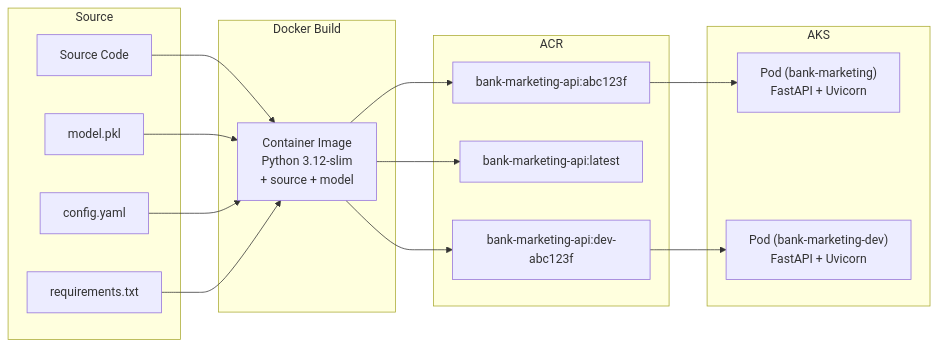
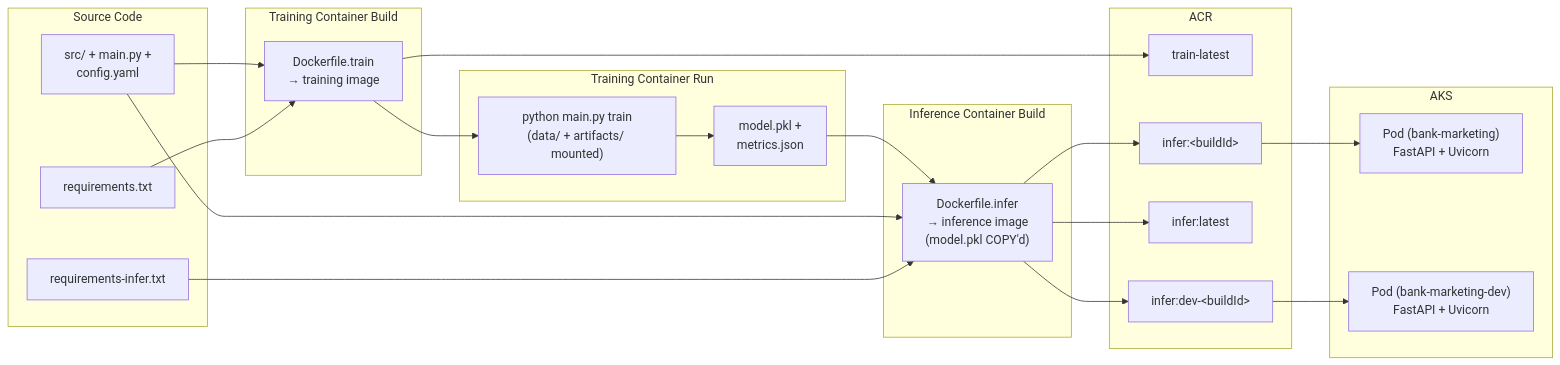
The fifth of 5 diagrams in docs/ci-cd-pipeline.md (Annemarie-Bester/marketing-model-mlops-azure), drawn with Mermaid before and after one commit. The commit also changed other lines of this file and 16 other files, not shown here.

````diff
--- a/docs/ci-cd-pipeline.md
+++ b/docs/ci-cd-pipeline.md
@@ -365,34 +338,47 @@
 ```mermaid
 flowchart LR
-    subgraph Source["Source"]
-        CODE["Source Code"]
-        MODEL["model.pkl"]
-        CFG["config.yaml"]
-        REQS["requirements.txt"]
+    subgraph Source["Source Code"]
+        CODE["src/ + main.py +\nconfig.yaml"]
+        REQS_TRAIN["requirements.txt"]
+        REQS_INFER["requirements-infer.txt"]
     end
 
-    subgraph Build["Docker Build"]
-        IMG["Container Image<br/>Python 3.12-slim<br/>+ source + model"]
+    subgraph TrainBuild["Training Container Build"]
+        TRAIN_IMG["Dockerfile.train\n→ training image"]
+    end
+
+    subgraph TrainRun["Training Container Run"]
+        TRAIN_EXEC["python main.py train\n(data/ + artifacts/ mounted)"]
+        MODEL["model.pkl +\nmetrics.json"]
+    end
+
+    subgraph InferBuild["Inference Container Build"]
+        INFER_IMG["Dockerfile.infer\n→ inference image\n(model.pkl COPY'd)"]
     end
 
     subgraph Registry["ACR"]
-        V1["bank-marketing-api:abc123f"]
-        VL["bank-marketing-api:latest"]
-        VD["bank-marketing-api:dev-abc123f"]
+        VT["train-latest"]
+        V1["infer:&lt;buildId&gt;"]
+        VL["infer:latest"]
+        VD["infer:dev-&lt;buildId&gt;"]
     end
 
     subgraph Runtime["AKS"]
-        POD_PROD["Pod (bank-marketing)<br/>FastAPI + Uvicorn"]
-        POD_DEV["Pod (bank-marketing-dev)<br/>FastAPI + Uvicorn"]
+        POD_PROD["Pod (bank-marketing)\nFastAPI + Uvicorn"]
+        POD_DEV["Pod (bank-marketing-dev)\nFastAPI + Uvicorn"]
     end
 
-    CODE --> IMG
-    MODEL --> IMG
-    CFG --> IMG
-    REQS --> IMG
-    IMG --> V1
-    IMG --> VL
-    IMG --> VD
+    CODE --> TRAIN_IMG
+    REQS_TRAIN --> TRAIN_IMG
+    TRAIN_IMG --> TRAIN_EXEC
+    TRAIN_EXEC --> MODEL
+    MODEL --> INFER_IMG
+    CODE --> INFER_IMG
+    REQS_INFER --> INFER_IMG
+    TRAIN_IMG --> VT
+    INFER_IMG --> V1
+    INFER_IMG --> VL
+    INFER_IMG --> VD
     V1 --> POD_PROD
     VD --> POD_DEV
 ```
````
